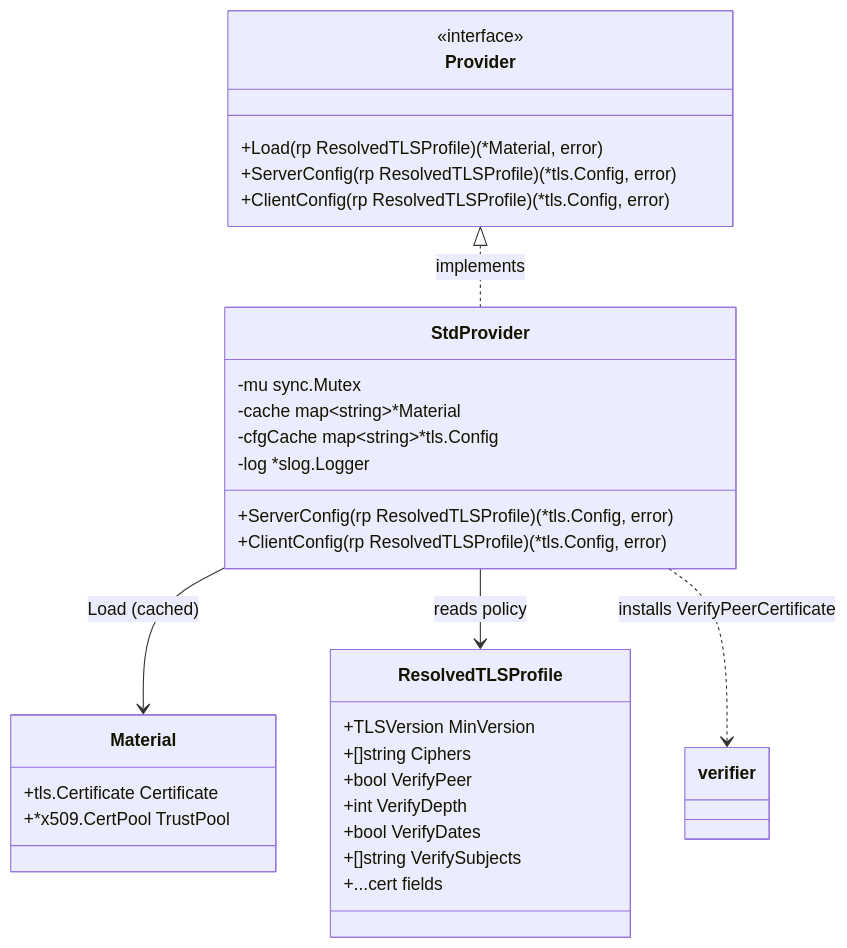
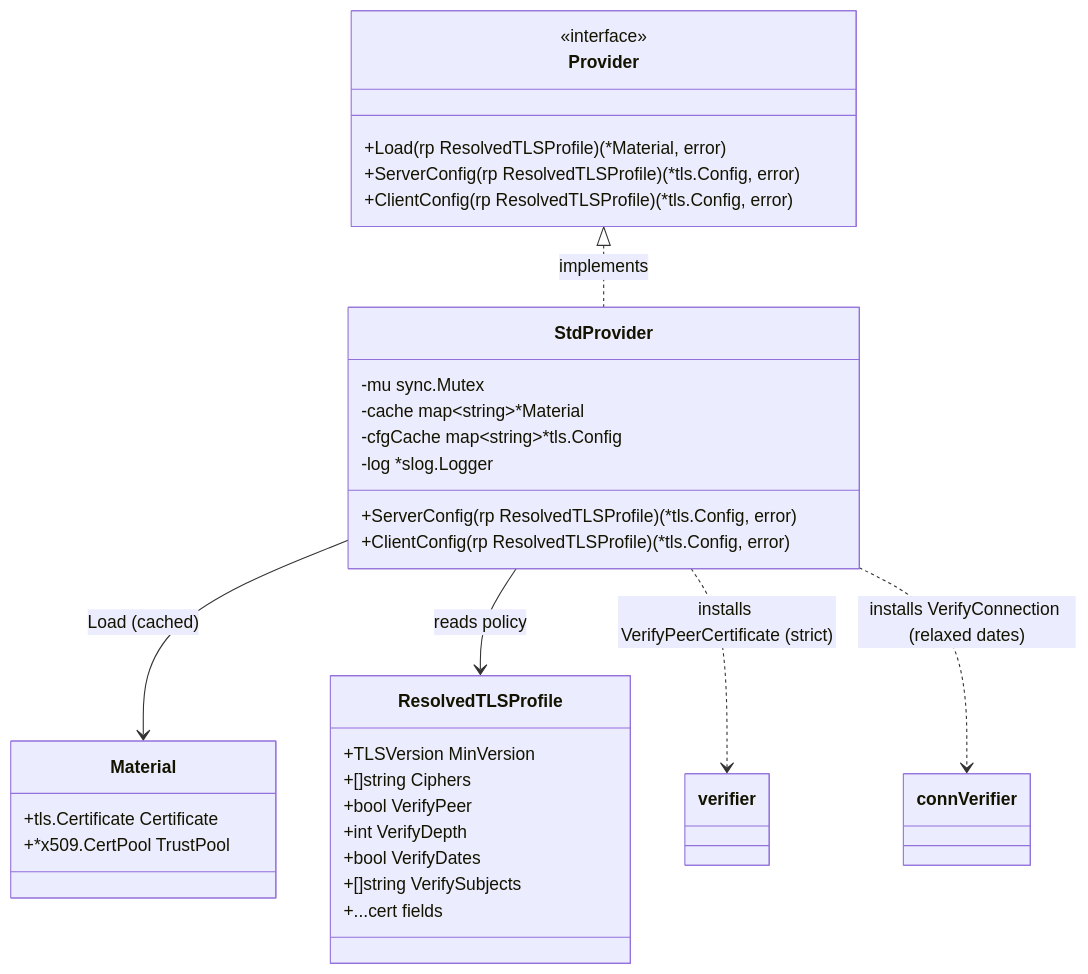
One commit to voipstack/voipstack-sip-sequencer changed the diagram in spdd/prompt/GGQPA-XXX-202606091300-[Feat]-tlsprov-context-verification.md. Above: the diagram before and after it, drawn with Mermaid. The commit also changed other lines of this file and 29 other files, not shown here.

````diff
--- a/spdd/prompt/GGQPA-XXX-202606091300-[Feat]-tlsprov-context-verification.md
+++ b/spdd/prompt/GGQPA-XXX-202606091300-[Feat]-tlsprov-context-verification.md
@@ -20,40 +23,41 @@
 ```mermaid
 classDiagram
 direction TB
 
 class Provider {
     <<interface>>
     +Load(rp ResolvedTLSProfile) (*Material, error)
     +ServerConfig(rp ResolvedTLSProfile) (*tls.Config, error)
     +ClientConfig(rp ResolvedTLSProfile) (*tls.Config, error)
 }
 
 class StdProvider {
     -mu sync.Mutex
     -cache map~string~*Material
     -cfgCache map~string~*tls.Config
     -log *slog.Logger
     +ServerConfig(rp ResolvedTLSProfile) (*tls.Config, error)
     +ClientConfig(rp ResolvedTLSProfile) (*tls.Config, error)
 }
 
 class Material {
     +tls.Certificate Certificate
     +*x509.CertPool TrustPool
 }
 
 class ResolvedTLSProfile {
     +TLSVersion MinVersion
     +[]string Ciphers
     +bool VerifyPeer
     +int VerifyDepth
     +bool VerifyDates
     +[]string VerifySubjects
     +...cert fields
 }
 
 Provider <|.. StdProvider : implements
 StdProvider --> Material : Load (cached)
 StdProvider --> ResolvedTLSProfile : reads policy
-StdProvider ..> verifier : installs VerifyPeerCertificate
+StdProvider ..> verifier : installs VerifyPeerCertificate (strict)
+StdProvider ..> connVerifier : installs VerifyConnection (relaxed dates)
 ```
````
